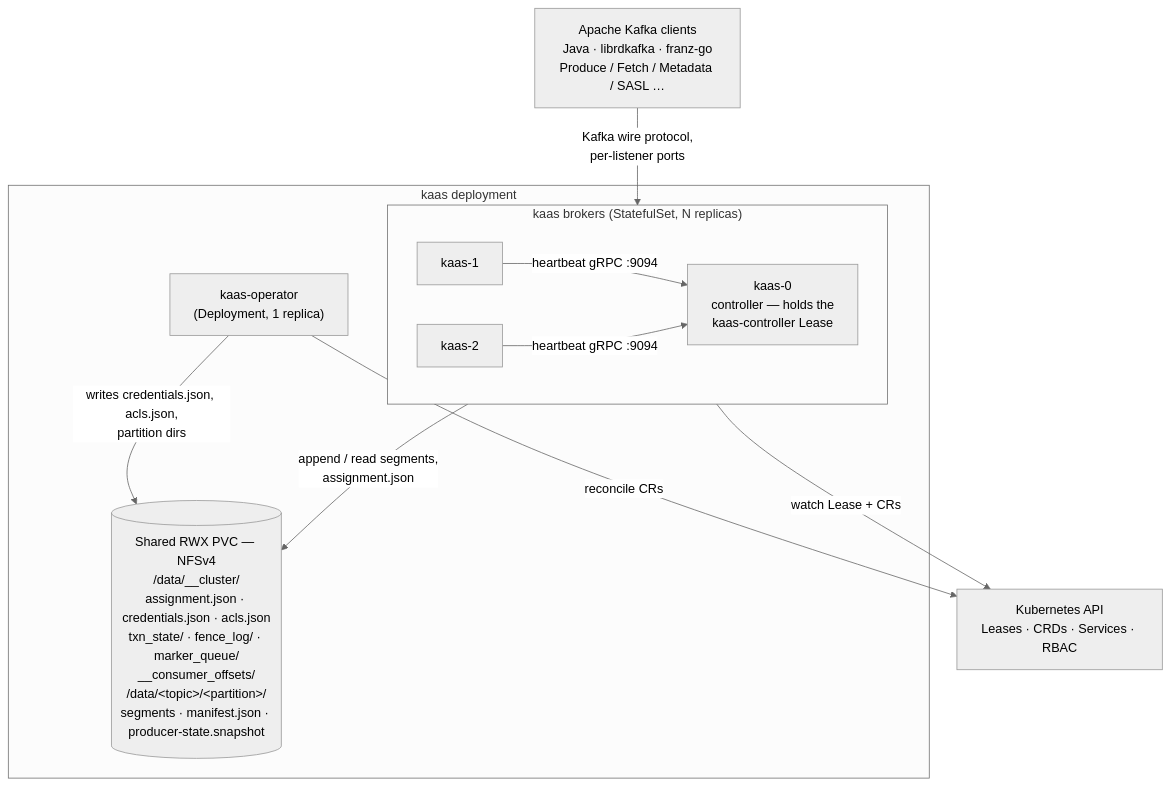
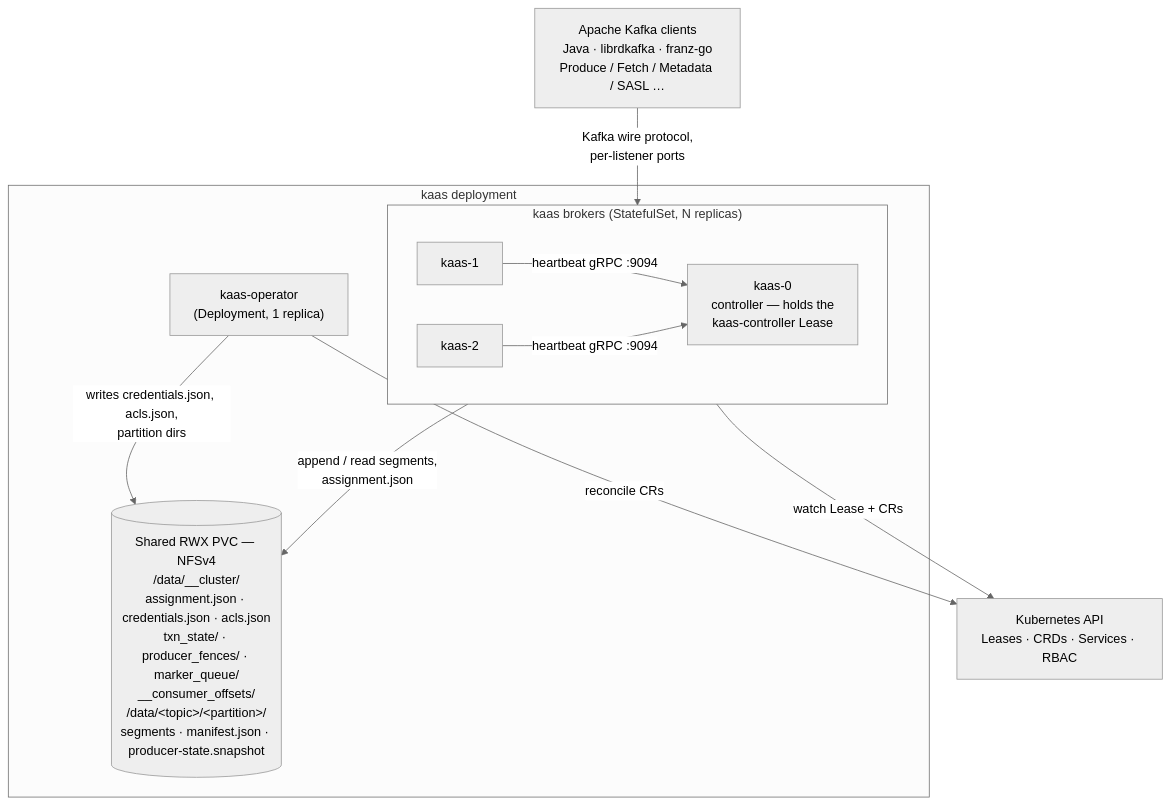
The diagram in docs/src/architecture/overview.md (Woestebanaan/kaas), drawn with Mermaid (neutral theme) before and after one commit. The commit also changed 15 other files, not shown here.

````diff
--- a/docs/src/architecture/overview.md
+++ b/docs/src/architecture/overview.md
@@ -5,23 +5,23 @@
 ```mermaid
 flowchart TB
     k8s["Kubernetes API<br/>Leases · CRDs · Services · RBAC"]
     clients["Apache Kafka clients<br/>Java · librdkafka · franz-go<br/>Produce / Fetch / Metadata / SASL …"]
 
     subgraph deployment["kaas deployment"]
         operator["kaas-operator<br/>(Deployment, 1 replica)"]
         subgraph brokers["kaas brokers (StatefulSet, N replicas)"]
             b0["kaas-0<br/>controller — holds the<br/>kaas-controller Lease"]
             b1["kaas-1"]
             b2["kaas-2"]
         end
-        pvc[("Shared RWX PVC — NFSv4<br/>/data/__cluster/<br/>assignment.json · credentials.json · acls.json<br/>txn_state/ · fence_log/ · marker_queue/<br/>__consumer_offsets/<br/>/data/&lt;topic&gt;/&lt;partition&gt;/<br/>segments · manifest.json · producer-state.snapshot")]
+        pvc[("Shared RWX PVC — NFSv4<br/>/data/__cluster/<br/>assignment.json · credentials.json · acls.json<br/>txn_state/ · producer_fences/ · marker_queue/<br/>__consumer_offsets/<br/>/data/&lt;topic&gt;/&lt;partition&gt;/<br/>segments · manifest.json · producer-state.snapshot")]
     end
 
     operator -- "reconcile CRs" --> k8s
     brokers -- "watch Lease + CRs" --> k8s
     operator -- "writes credentials.json, acls.json,<br/>partition dirs" --> pvc
     brokers -- "append / read segments,<br/>assignment.json" --> pvc
     b1 -- "heartbeat gRPC :9094" --> b0
     b2 -- "heartbeat gRPC :9094" --> b0
     clients -- "Kafka wire protocol,<br/>per-listener ports" --> brokers
 ```
````
